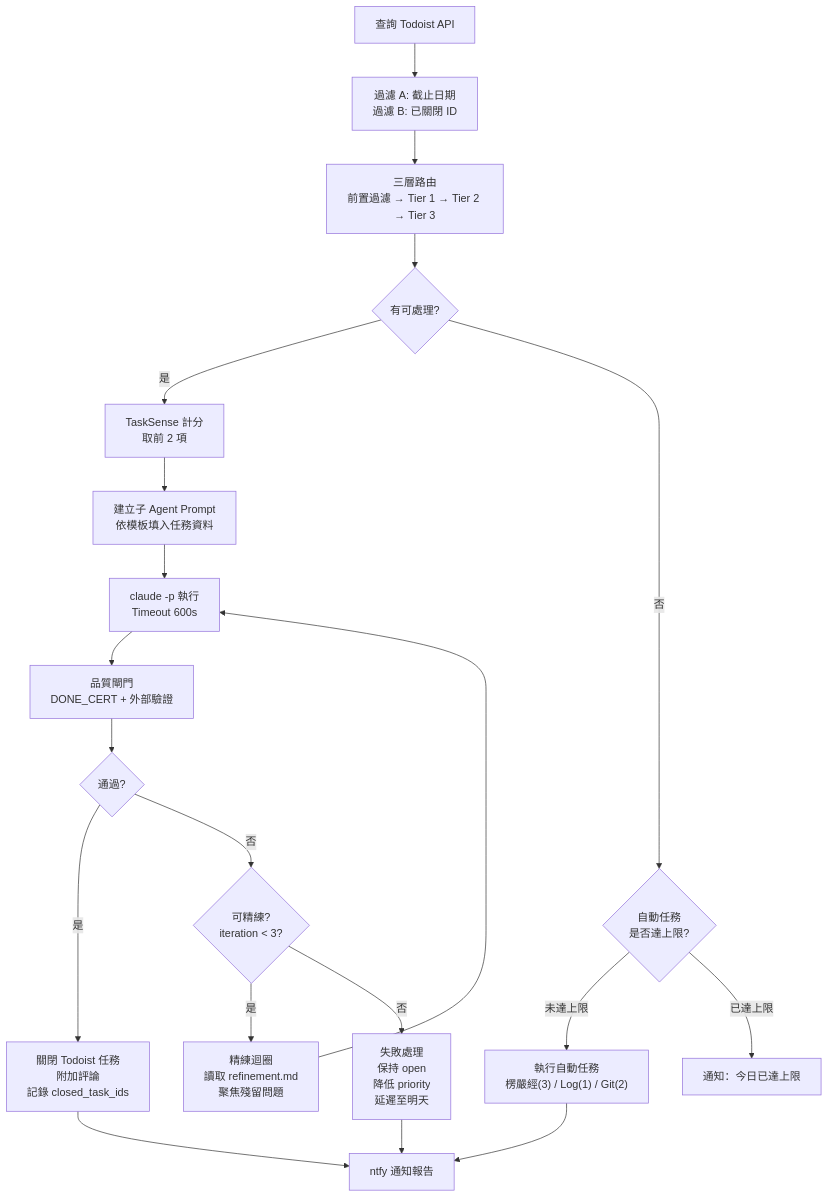
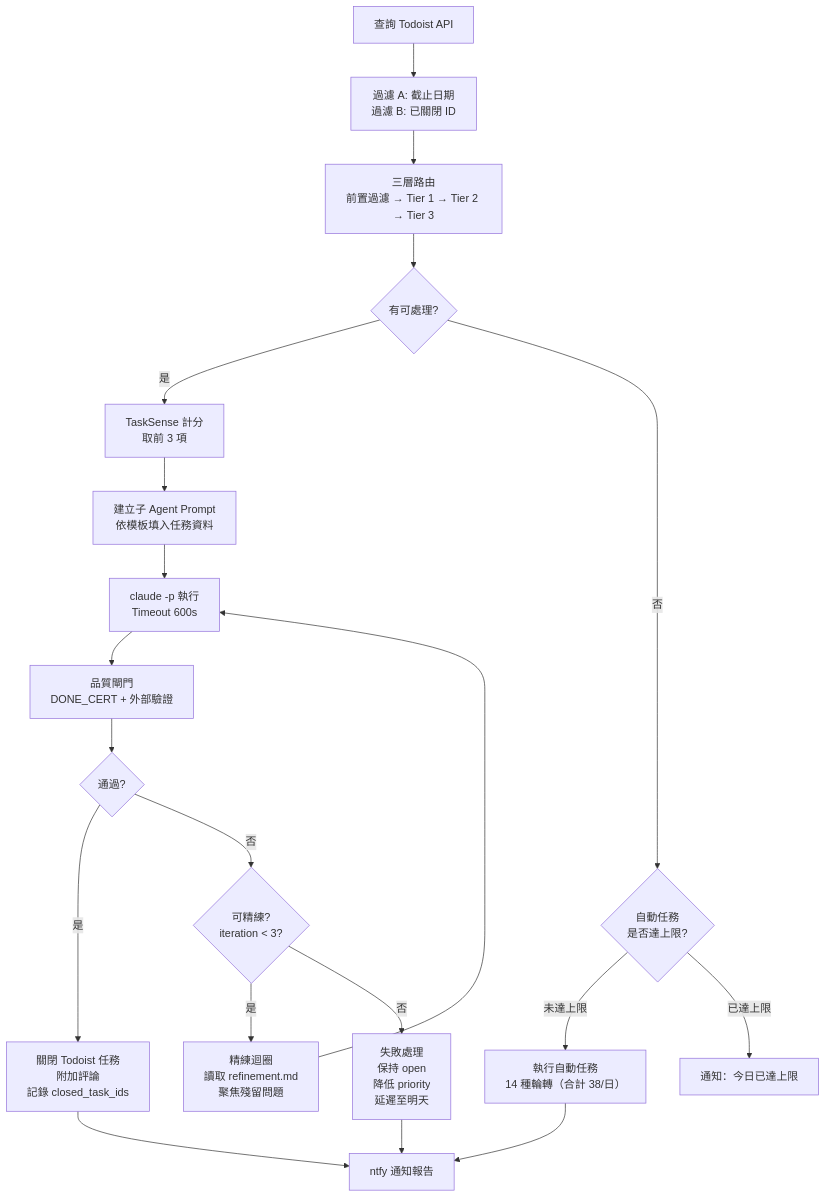
The eighth of 9 diagrams in specs/system-docs/ssd.md (wangsc2024/daily-digest-prompt), drawn with Mermaid before and after one commit. The commit also changed other lines of this file and 51 other files, not shown here.

````diff
--- a/specs/system-docs/ssd.md
+++ b/specs/system-docs/ssd.md
@@ -1575,28 +1728,28 @@
 ```mermaid
 flowchart TD
     Start["查詢 Todoist API"] --> Filter["過濾 A: 截止日期<br/>過濾 B: 已關閉 ID"]
     Filter --> Route["三層路由<br/>前置過濾 → Tier 1 → Tier 2 → Tier 3"]
     Route --> HasTasks{有可處理?}
 
-    HasTasks -->|是| Score["TaskSense 計分<br/>取前 2 項"]
+    HasTasks -->|是| Score["TaskSense 計分<br/>取前 3 項"]
     HasTasks -->|否| AutoCheck{自動任務<br/>是否達上限?}
 
-    AutoCheck -->|未達上限| Auto["執行自動任務<br/>楞嚴經(3) / Log(1) / Git(2)"]
+    AutoCheck -->|未達上限| Auto["執行自動任務<br/>14 種輪轉（合計 38/日）"]
     AutoCheck -->|已達上限| Notify["通知：今日已達上限"]
 
     Score --> SubAgent["建立子 Agent Prompt<br/>依模板填入任務資料"]
     SubAgent --> Execute["claude -p 執行<br/>Timeout 600s"]
     Execute --> QG["品質閘門<br/>DONE_CERT + 外部驗證"]
     QG --> Pass{通過?}
 
     Pass -->|是| Close["關閉 Todoist 任務<br/>附加評論<br/>記錄 closed_task_ids"]
     Pass -->|否| CanRefine{可精練?<br/>iteration < 3?}
 
     CanRefine -->|是| Refine["精練迴圈<br/>讀取 refinement.md<br/>聚焦殘留問題"]
     CanRefine -->|否| Fail["失敗處理<br/>保持 open<br/>降低 priority<br/>延遲至明天"]
 
     Refine --> Execute
     Close --> Notify2["ntfy 通知報告"]
     Fail --> Notify2
     Auto --> Notify2
 ```
````
